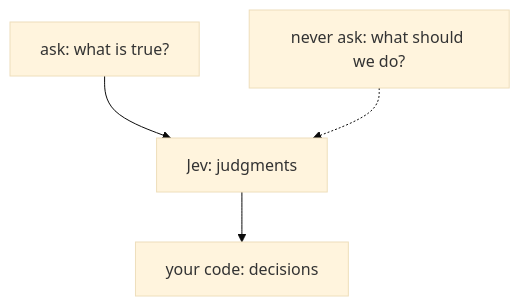
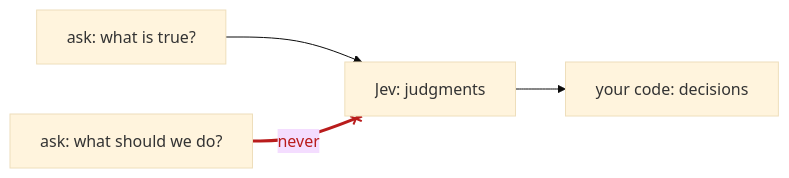
Before and after one commit to axel-sirota/getting_started_jev: diagram 11 of 11 in imp_files/slides/module01_diagrams.md, drawn with Mermaid (base theme). The commit also changed other lines of this file and 38 other files, not shown here.

Commit message:
Module 1: notebooks, diagrams and deck

````diff
--- a/imp_files/slides/module01_diagrams.md
+++ b/imp_files/slides/module01_diagrams.md
@@ -124,6 +143,6 @@
 ```mermaid
-flowchart TD
-  A["ask: what is true?"] --> J["Jev: judgments"]
-  J --> C["your code: decisions"]
-  X["never ask: what should we do?"] -.-> J
+flowchart LR
+  A["ask: what is true?"] --> J["Jev: judgments"] --> C["your code: decisions"]
+  X["ask: what should we do?"] -- "never" --x J
+  linkStyle 2 stroke:#B91C1C,stroke-width:3px,color:#B91C1C
 ```
````
